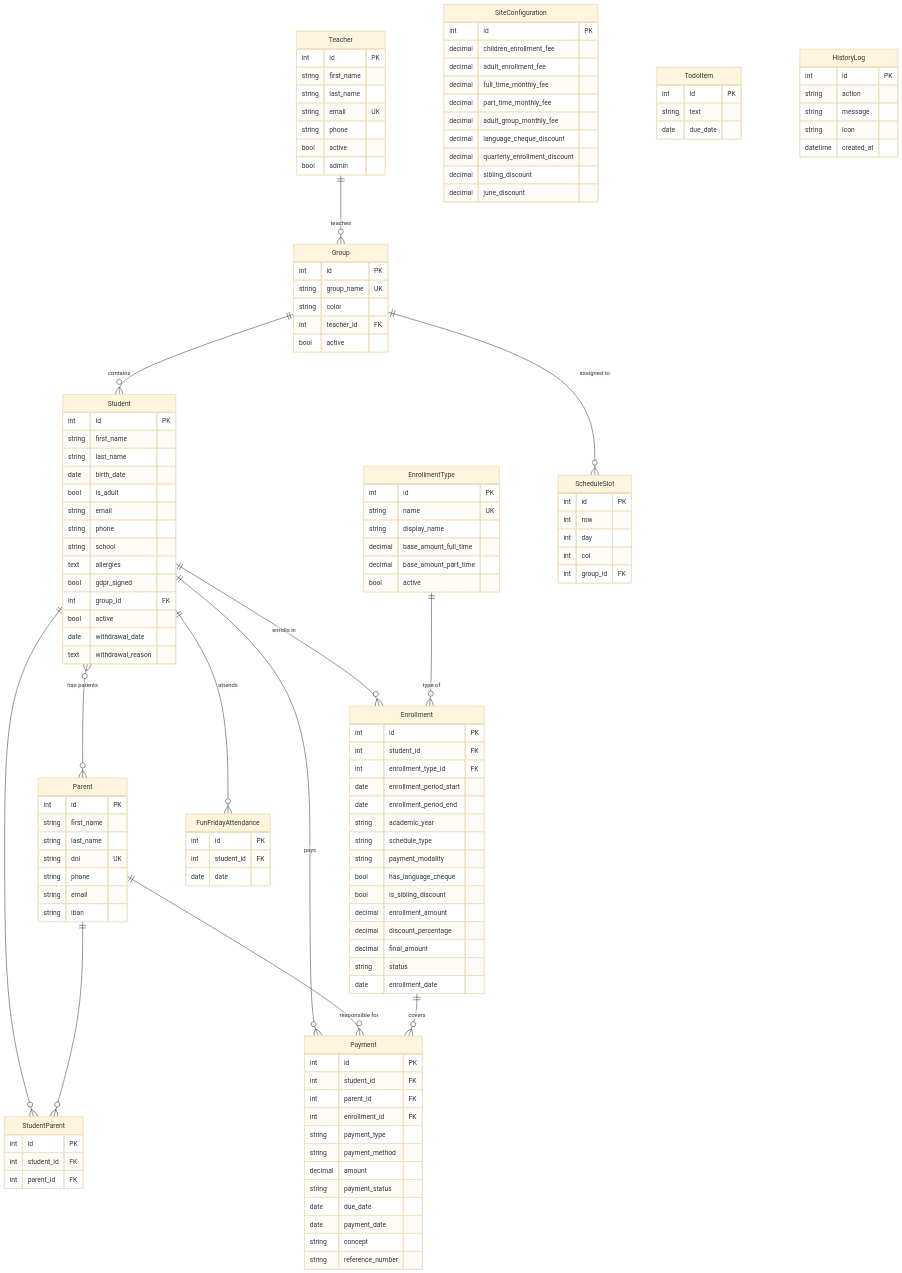
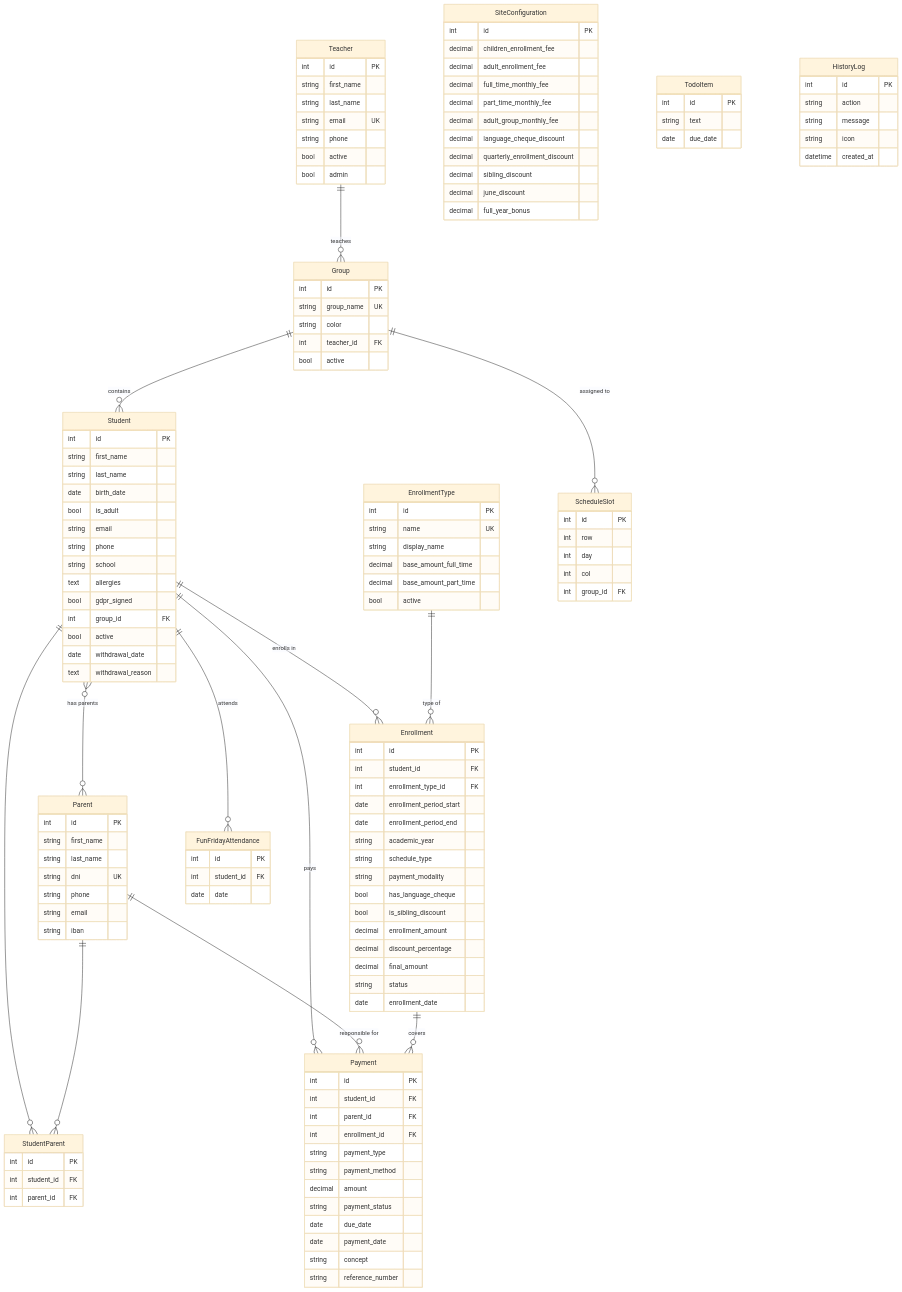
Before and after one commit to starseeker-code/five-a-day: the first of 3 diagrams in readme.md, drawn with Mermaid (base theme). The commit also changed other lines of this file and 15 other files, not shown here.

```diff
--- a/readme.md
+++ b/readme.md
@@ -289,6 +340,7 @@
         decimal quarterly_enrollment_discount
         decimal sibling_discount
         decimal june_discount
+        decimal full_year_bonus
     }
 
     EnrollmentType {
```
